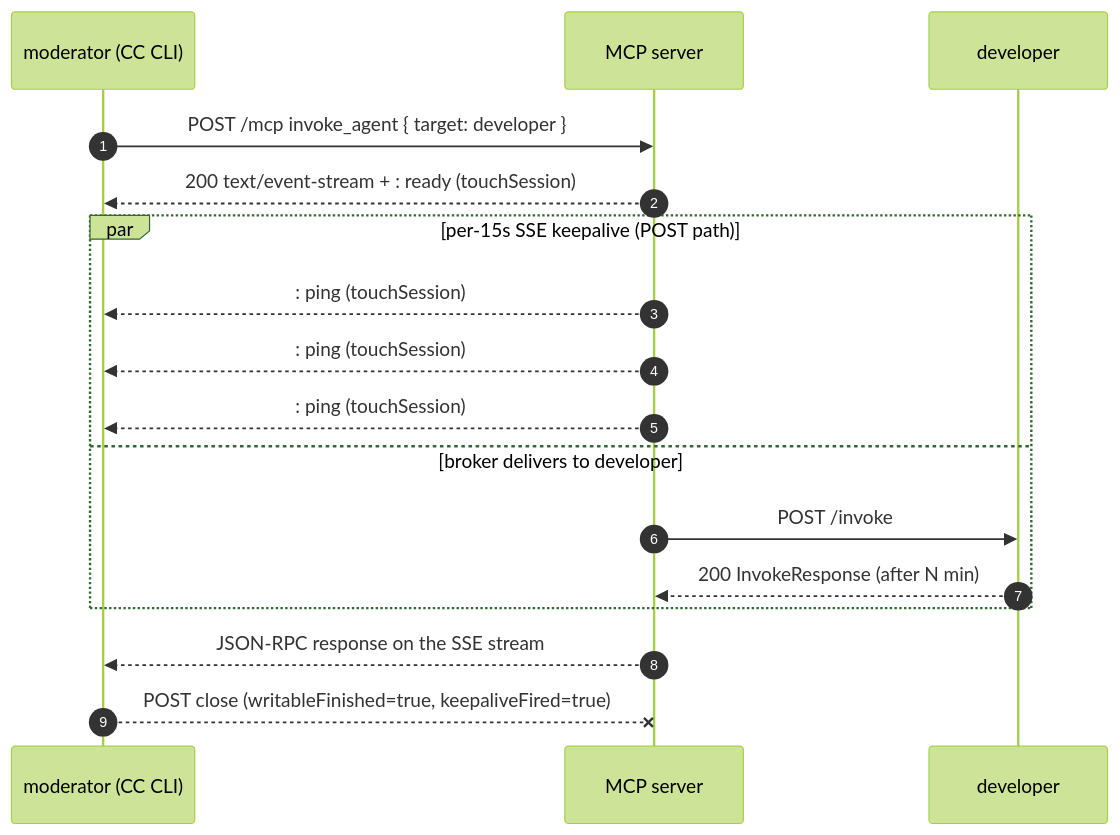
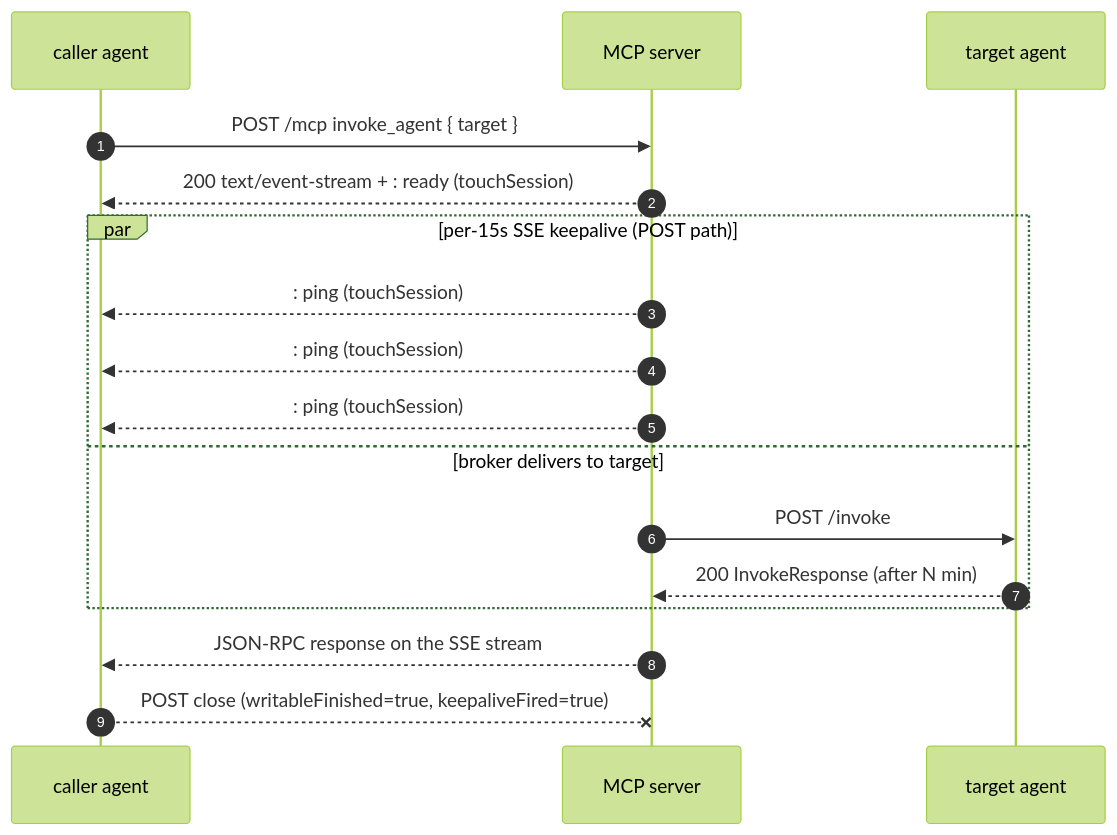
Diagram 16 of 17 in docs/mcp-connectivity.md (ia64mail/quorum), drawn with Mermaid (forest theme) before and after one commit. The commit also changed other lines of this file and 7 other files, not shown here.

````diff
--- a/docs/mcp-connectivity.md
+++ b/docs/mcp-connectivity.md
@@ -595,19 +593,19 @@
 ```mermaid
 sequenceDiagram
     autonumber
-    participant Mod as moderator (CC CLI)
+    participant Caller as caller agent
     participant Server as MCP server
-    participant Dev as developer
-    Mod->>Server: POST /mcp invoke_agent { target: developer }
-    Server-->>Mod: 200 text/event-stream + : ready (touchSession)
+    participant Target as target agent
+    Caller->>Server: POST /mcp invoke_agent { target }
+    Server-->>Caller: 200 text/event-stream + : ready (touchSession)
     par per-15s SSE keepalive (POST path)
-        Server-->>Mod: : ping (touchSession)
-        Server-->>Mod: : ping (touchSession)
-        Server-->>Mod: : ping (touchSession)
-    and broker delivers to developer
-        Server->>Dev: POST /invoke
-        Dev-->>Server: 200 InvokeResponse (after N min)
+        Server-->>Caller: : ping (touchSession)
+        Server-->>Caller: : ping (touchSession)
+        Server-->>Caller: : ping (touchSession)
+    and broker delivers to target
+        Server->>Target: POST /invoke
+        Target-->>Server: 200 InvokeResponse (after N min)
     end
-    Server-->>Mod: JSON-RPC response on the SSE stream
-    Mod--xServer: POST close (writableFinished=true, keepaliveFired=true)
+    Server-->>Caller: JSON-RPC response on the SSE stream
+    Caller--xServer: POST close (writableFinished=true, keepaliveFired=true)
 ```
````
